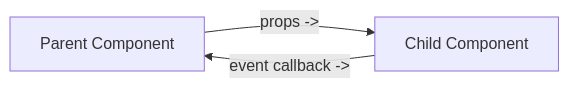
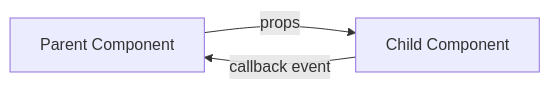
Before and after one commit to Gadridev/games: the eighth of 8 diagrams in README.md, drawn with Mermaid. The commit also changed other lines of this file, not shown here.

Commit message:
Update Mermaid diagram labels in README.md

````diff
--- a/README.md
+++ b/README.md
@@ -72,5 +72,5 @@
 ```mermaid
 flowchart LR
-  Parent["Parent Component"] -->|props ->| Child["Child Component"]
-  Child -->|event callback ->| Parent
+  Parent["Parent Component"] -->|props| Child["Child Component"]
+  Child -->|callback event| Parent
 ```
````
